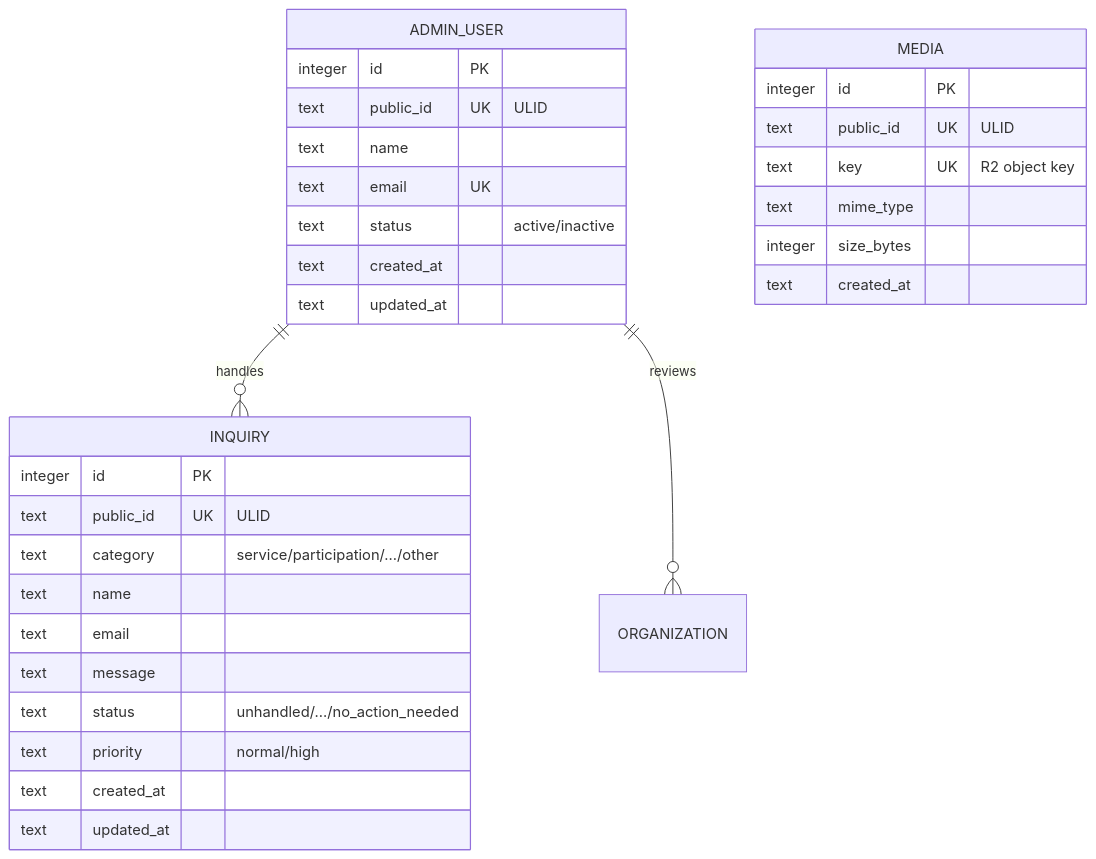
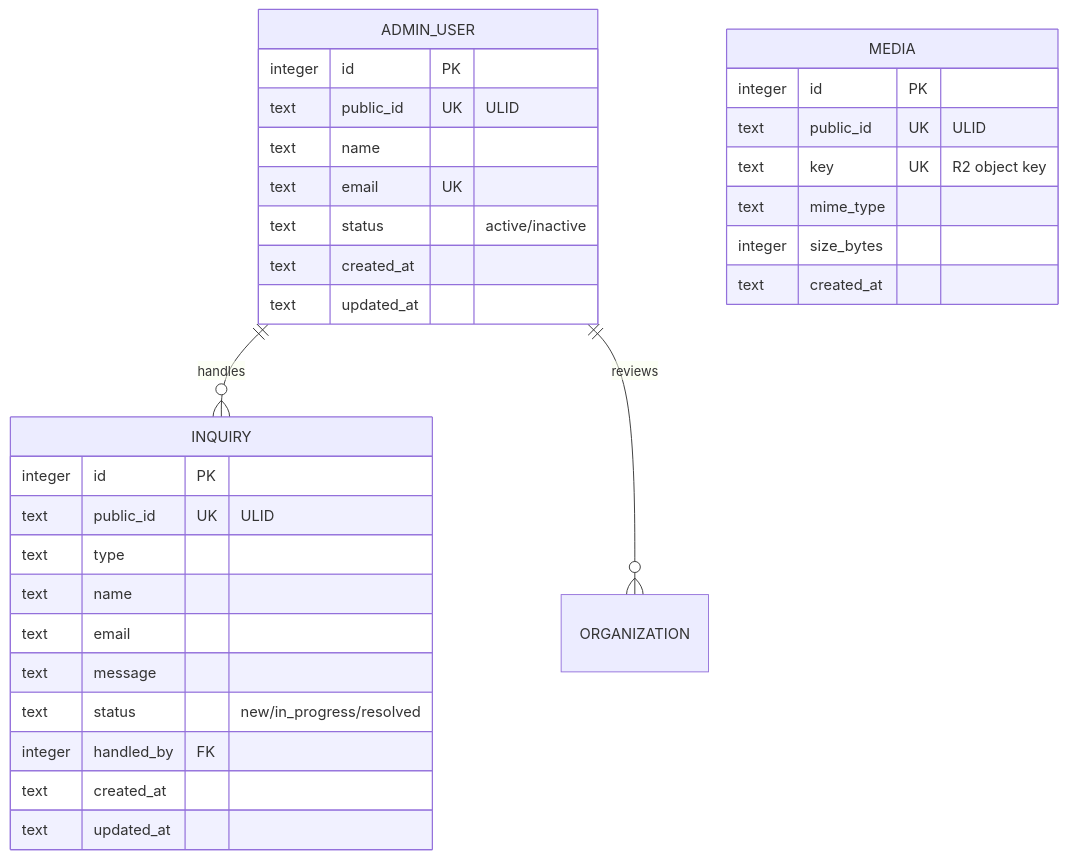
Before and after one commit to team-natural/walk-pet-kampo: the first of 2 diagrams in docs/3-development/07-database-schema.md, drawn with Mermaid. The commit also changed other lines of this file and 23 other files, not shown here.

Commit message:
build the marketplace schema from DEV-07 and generate the first migratio.

````diff
--- a/docs/3-development/07-database-schema.md
+++ b/docs/3-development/07-database-schema.md
@@ -56,38 +56,38 @@
 ```mermaid
 erDiagram
     ADMIN_USER ||--o{ INQUIRY : handles
     ADMIN_USER ||--o{ ORGANIZATION : reviews
 
     ADMIN_USER {
         integer id PK
         text public_id UK "ULID"
         text name
         text email UK
         text status "active/inactive"
         text created_at
         text updated_at
     }
     MEDIA {
         integer id PK
         text public_id UK "ULID"
         text key UK "R2 object key"
         text mime_type
         integer size_bytes
         text created_at
     }
     INQUIRY {
         integer id PK
         text public_id UK "ULID"
-        text category "service/participation/.../other"
+        text type
         text name
         text email
         text message
-        text status "unhandled/.../no_action_needed"
-        text priority "normal/high"
+        text status "new/in_progress/resolved"
+        integer handled_by FK
         text created_at
         text updated_at
     }
 
     %% activity_log（監査ログ）は causer_type で AdminUser/OrganizationMember/Walker を判別する
     %% ポリモーフィック構造のため本図では省略（§4-4 参照）
 ```
````
